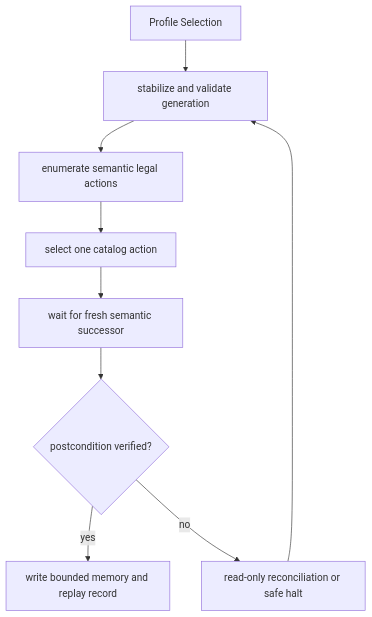
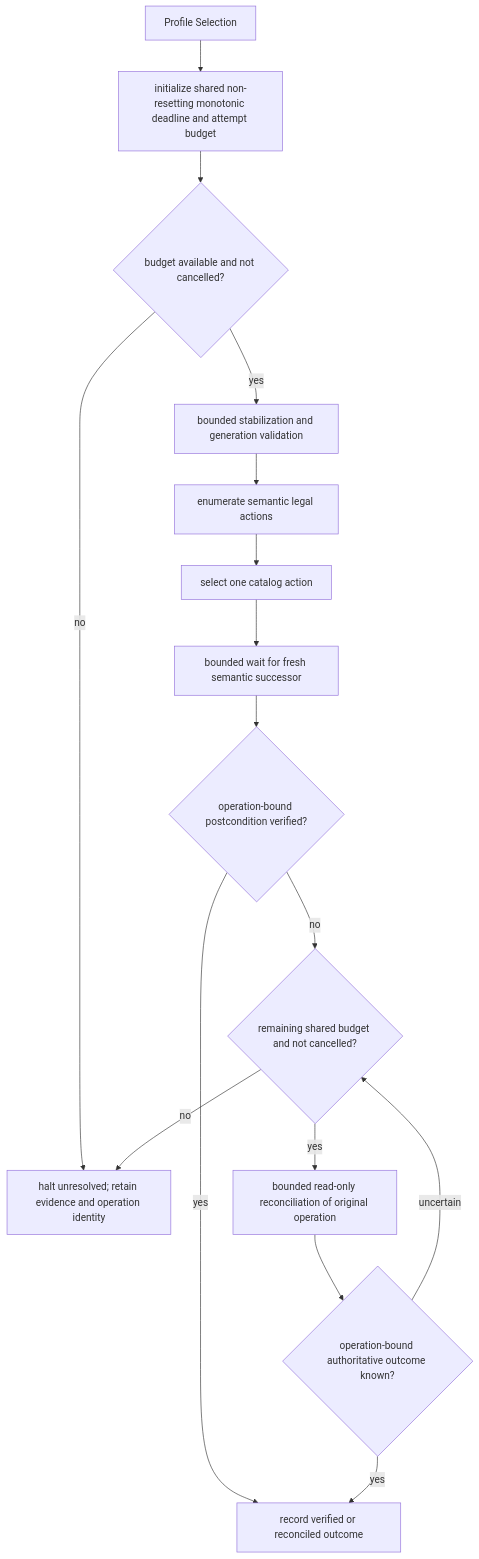
Before and after one commit to AI-Ascension/sts2-harness: the diagram in docs/research/sts2-expert-state-package/diagrams/states/profile_selection.mmd, drawn with Mermaid. The commit also changed 135 other files, not shown here.

Commit message:
fix(research): bound generated recovery and halt unresolved outcomes

```diff
--- a/docs/research/sts2-expert-state-package/diagrams/states/profile_selection.mmd
+++ b/docs/research/sts2-expert-state-package/diagrams/states/profile_selection.mmd
@@ -1,11 +1,19 @@
 %% Generated by sts2-expert-state-package-generator/1; requirements baseline only.
 flowchart TD
-    E["Profile Selection"] --> B["stabilize and validate generation"]
+    E["Profile Selection"] --> I["initialize shared non-resetting monotonic deadline and attempt budget"]
+    I --> Q{"budget available and not cancelled?"}
+    Q -->|no| H["halt unresolved; retain evidence and operation identity"]
+    Q -->|yes| B["bounded stabilization and generation validation"]
     B --> L["enumerate semantic legal actions"]
     L --> X["select one catalog action"]
-    X --> W["wait for fresh semantic successor"]
-    W --> V{"postcondition verified?"}
-    V -->|yes| M["write bounded memory and replay record"]
-    V -->|no| R["read-only reconciliation or safe halt"]
-    R --> B
+    X --> W["bounded wait for fresh semantic successor"]
+    W --> V{"operation-bound postcondition verified?"}
+    V -->|yes| M["record verified or reconciled outcome"]
+    V -->|no| C{"remaining shared budget and not cancelled?"}
+    C -->|no| H
+    C -->|yes| R["bounded read-only reconciliation of original operation"]
+    R --> K{"operation-bound authoritative outcome known?"}
+    K -->|yes| M
+    K -->|uncertain| C
+    %% No recovery edge returns to action selection; halt has no outgoing edge.
     %% Stable node key: profile_selection
```
